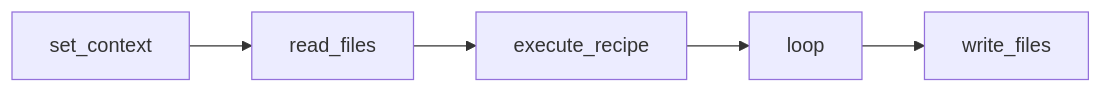
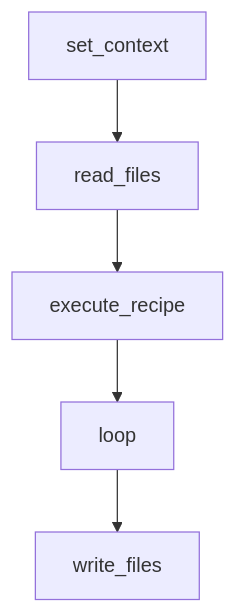
Before and after one commit to robotdad/recipe-tool: the first of 5 diagrams in ai_context/generated/RECIPE_JSON_AUTHORING_GUIDE.md, drawn with Mermaid. The commit also changed other lines of this file and 19 other files, not shown here.

````diff
--- a/ai_context/generated/RECIPE_JSON_AUTHORING_GUIDE.md
+++ b/ai_context/generated/RECIPE_JSON_AUTHORING_GUIDE.md
@@ -61,7 +139,7 @@
 ```mermaid
-flowchart LR
-  A[set_context] --> B[read_files]
-  B --> C[execute_recipe]
-  C --> D[loop]
-  D --> E[write_files]
+graph TD;
+    A[set_context] --> B[read_files]
+    B --> C[execute_recipe]
+    C --> D[loop]
+    D --> E[write_files]
 ```
````
